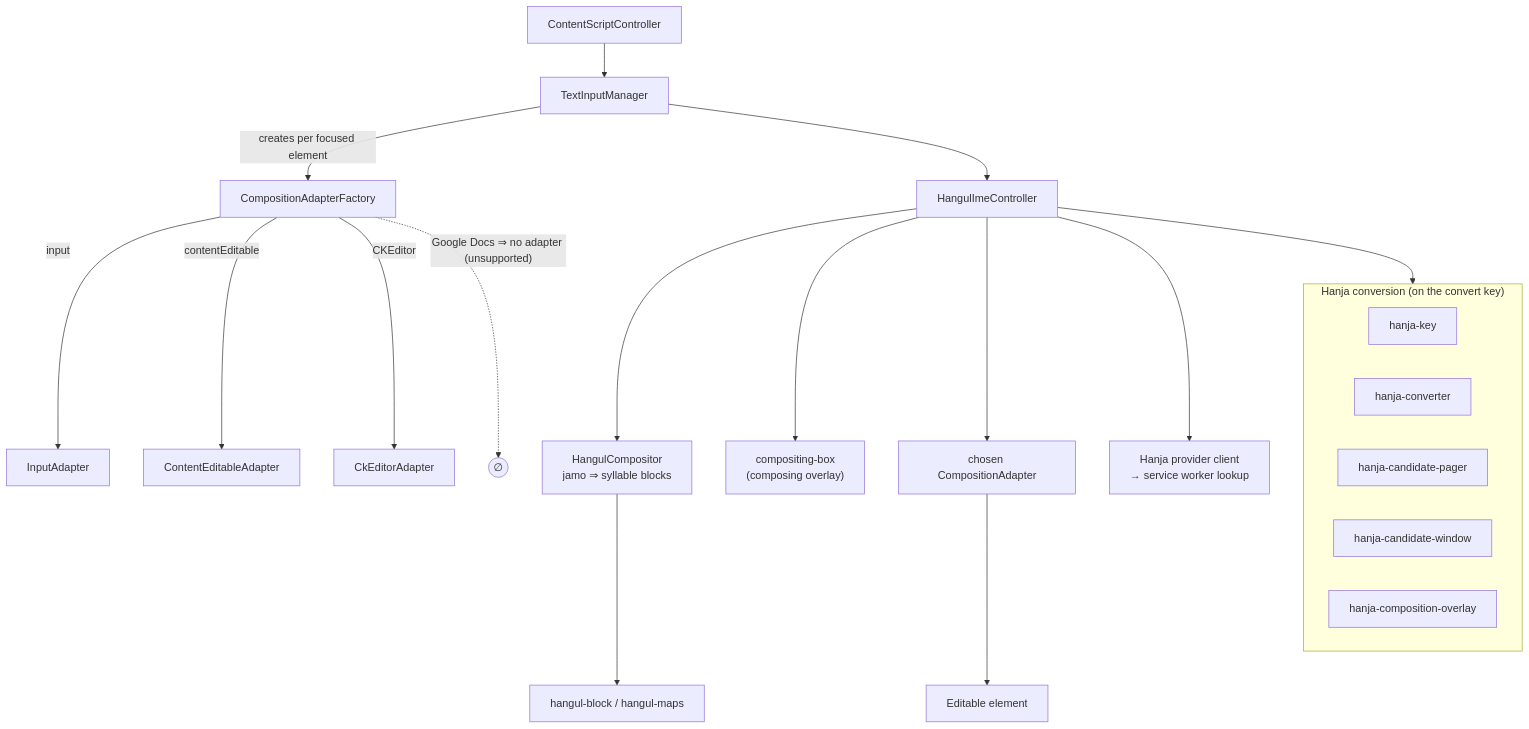
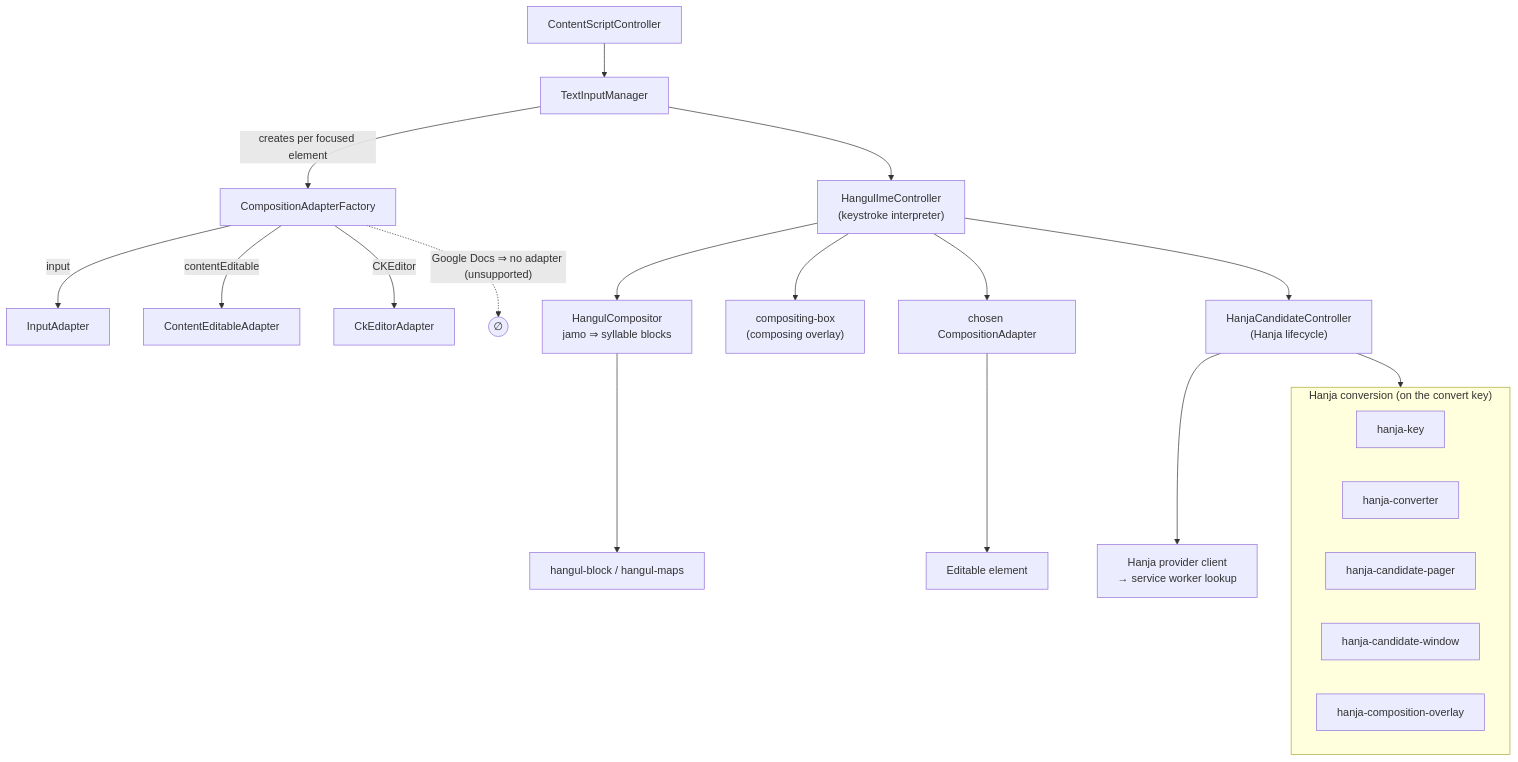
The third of 3 diagrams in ARCHITECTURE.md (vmcnabb/korean-ime), drawn with Mermaid before and after one commit. The commit also changed other lines of this file, not shown here.

First line of the commit message:
Update ARCHITECTURE.md for the Hanja controller split (#198)

````diff
--- a/ARCHITECTURE.md
+++ b/ARCHITECTURE.md
@@ -154,26 +154,27 @@
 ```mermaid
 flowchart TB
     csc["ContentScriptController"] --> tim["TextInputManager"]
     tim -->|"creates per focused element"| factory["CompositionAdapterFactory"]
     factory -->|input| inAd["InputAdapter"]
     factory -->|contentEditable| ceAd["ContentEditableAdapter"]
     factory -->|CKEditor| ckAd["CkEditorAdapter"]
     factory -. "Google Docs ⇒ no adapter (unsupported)" .-> none(("∅"))
 
-    tim --> ime["HangulImeController"]
+    tim --> ime["HangulImeController<br/>(keystroke interpreter)"]
     ime --> compositor["HangulCompositor<br/>jamo ⇒ syllable blocks"]
     compositor --> blocks["hangul-block / hangul-maps"]
     ime --> box["compositing-box<br/>(composing overlay)"]
     ime --> adapter["chosen CompositionAdapter"]
     adapter --> el["Editable element"]
 
+    ime --> hanja["HanjaCandidateController<br/>(Hanja lifecycle)"]
     subgraph hanjaUI["Hanja conversion (on the convert key)"]
         hkey["hanja-key"]
         conv["hanja-converter"]
         pager["hanja-candidate-pager"]
         win["hanja-candidate-window"]
         ov["hanja-composition-overlay"]
     end
-    ime --> hanjaUI
-    ime --> client["Hanja provider client<br/>→ service worker lookup"]
+    hanja --> hanjaUI
+    hanja --> client["Hanja provider client<br/>→ service worker lookup"]
 ```
````
